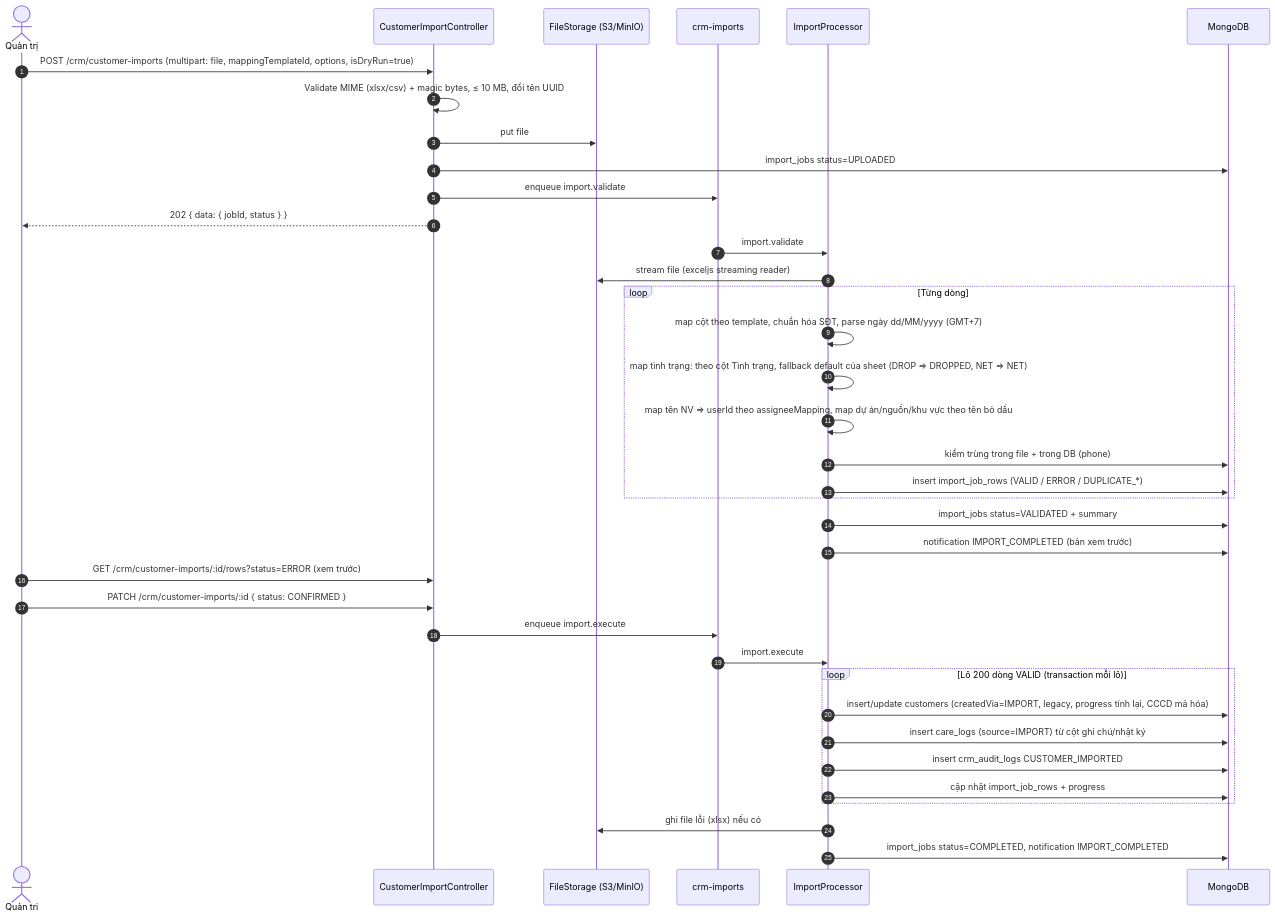
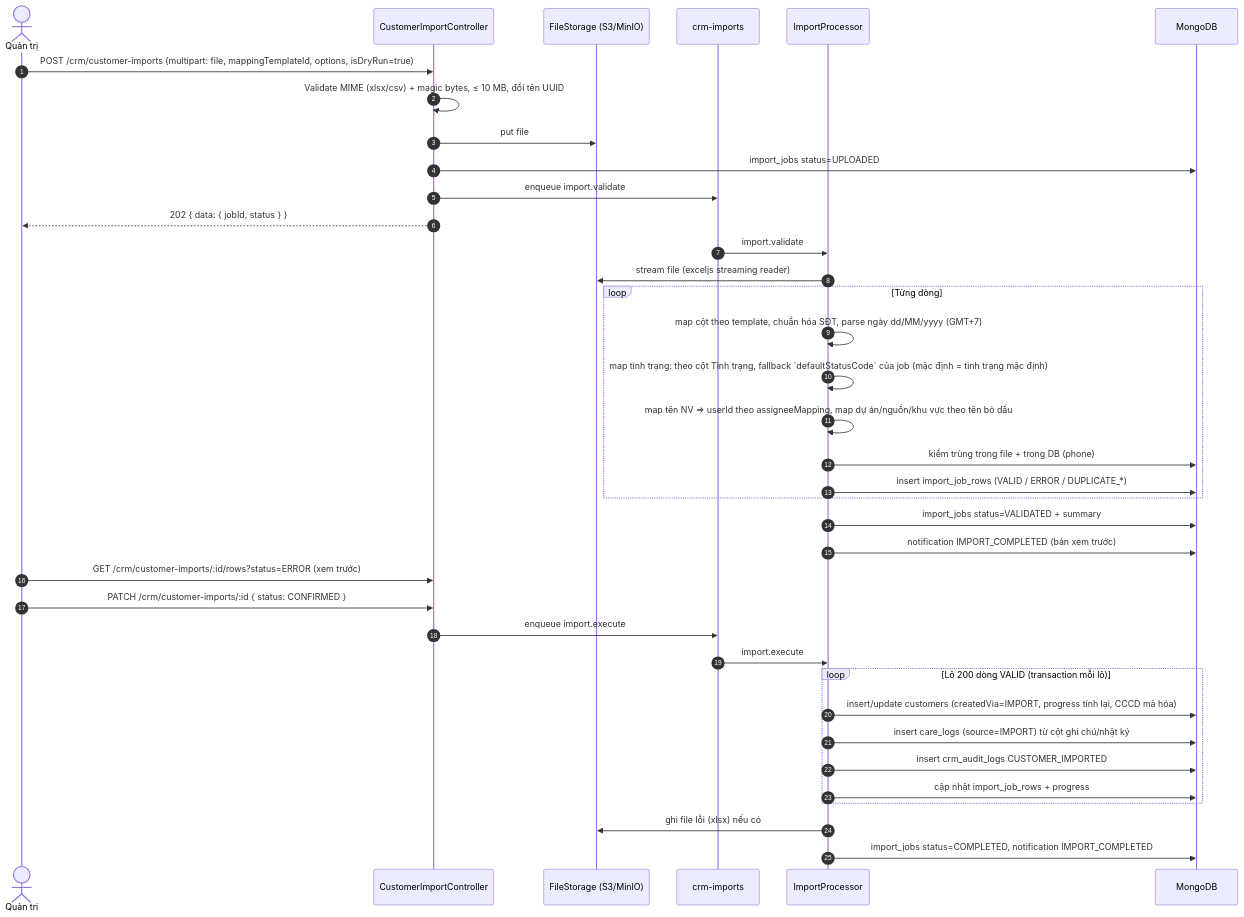
One commit to hltn/RealEstateManager changed the seventh of 9 diagrams in docs/06_Module_Customer_Management/04_Tai_Lieu_Ky_Thuat_Module_Quan_Ly_Khach_Hang.md. Above: the diagram before and after it, drawn with Mermaid. The commit also changed other lines of this file and 101 other files, not shown here.

````diff
--- a/docs/06_Module_Customer_Management/04_Tai_Lieu_Ky_Thuat_Module_Quan_Ly_Khach_Hang.md
+++ b/docs/06_Module_Customer_Management/04_Tai_Lieu_Ky_Thuat_Module_Quan_Ly_Khach_Hang.md
@@ -591,40 +616,40 @@
 ```mermaid
 sequenceDiagram
   autonumber
   actor A as Quản trị
   participant API as CustomerImportController
   participant ST as FileStorage (S3/MinIO)
   participant Q as crm-imports
   participant W as ImportProcessor
   participant DB as MongoDB
 
   A->>API: POST /crm/customer-imports (multipart: file, mappingTemplateId, options, isDryRun=true)
   API->>API: Validate MIME (xlsx/csv) + magic bytes, ≤ 10 MB, đổi tên UUID
   API->>ST: put file
   API->>DB: import_jobs status=UPLOADED
   API->>Q: enqueue import.validate
   API-->>A: 202 { data: { jobId, status } }
   Q->>W: import.validate
   W->>ST: stream file (exceljs streaming reader)
   loop Từng dòng
     W->>W: map cột theo template, chuẩn hóa SĐT, parse ngày dd/MM/yyyy (GMT+7)
-    W->>W: map tình trạng: theo cột Tình trạng, fallback default của sheet (DROP ⇒ DROPPED, NET ⇒ NET)
+    W->>W: map tình trạng: theo cột Tình trạng, fallback `defaultStatusCode` của job (mặc định = tình trạng mặc định)
     W->>W: map tên NV ⇒ userId theo assigneeMapping, map dự án/nguồn/khu vực theo tên bỏ dấu
     W->>DB: kiểm trùng trong file + trong DB (phone)
     W->>DB: insert import_job_rows (VALID / ERROR / DUPLICATE_*)
   end
   W->>DB: import_jobs status=VALIDATED + summary
   W->>DB: notification IMPORT_COMPLETED (bản xem trước)
   A->>API: GET /crm/customer-imports/:id/rows?status=ERROR (xem trước)
   A->>API: PATCH /crm/customer-imports/:id { status: CONFIRMED }
   API->>Q: enqueue import.execute
   Q->>W: import.execute
   loop Lô 200 dòng VALID (transaction mỗi lô)
-    W->>DB: insert/update customers (createdVia=IMPORT, legacy, progress tính lại, CCCD mã hóa)
+    W->>DB: insert/update customers (createdVia=IMPORT, progress tính lại, CCCD mã hóa)
     W->>DB: insert care_logs (source=IMPORT) từ cột ghi chú/nhật ký
     W->>DB: insert crm_audit_logs CUSTOMER_IMPORTED
     W->>DB: cập nhật import_job_rows + progress
   end
   W->>ST: ghi file lỗi (xlsx) nếu có
   W->>DB: import_jobs status=COMPLETED, notification IMPORT_COMPLETED
 ```
````
